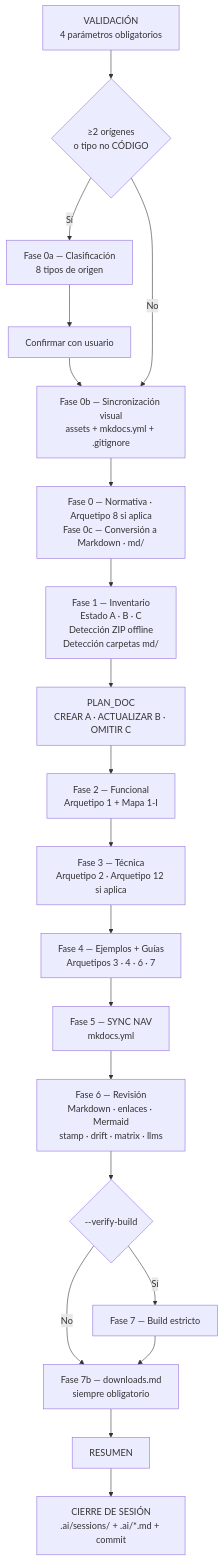
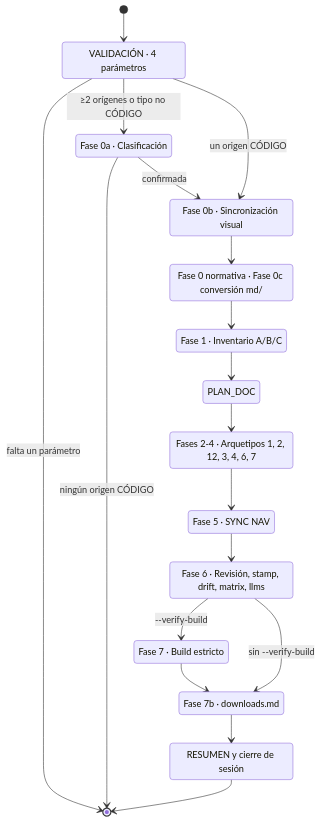
Before and after one commit to fmanza/doc_ia: the diagram in docs/api/document_project.md, drawn with Mermaid. The commit also changed other lines of this file and 10 other files, not shown here.

First line of the commit message:
docs(diagrams): rediseño de diagramas grandes o duplicados y test de ≤12 nodos

````diff
--- a/docs/api/document_project.md
+++ b/docs/api/document_project.md
@@ -16,22 +16,34 @@
 ```mermaid
-flowchart TD
-    V[VALIDACIÓN\n4 parámetros obligatorios] --> CL{≥2 orígenes\no tipo no CÓDIGO}
-    CL -- Sí --> F0a[Fase 0a — Clasificación\n8 tipos de origen]
-    F0a --> confirm[Confirmar con usuario]
-    confirm --> F0b
-    CL -- No --> F0b[Fase 0b — Sincronización visual\nassets + mkdocs.yml + .gitignore]
-    F0b --> F0[Fase 0 — Normativa · Arquetipo 8 si aplica\nFase 0c — Conversión a Markdown · md/]
-    F0 --> F1[Fase 1 — Inventario\nEstado A · B · C\nDetección ZIP offline\nDetección carpetas md/]
-    F1 --> PD[PLAN_DOC\nCREAR A · ACTUALIZAR B · OMITIR C]
-    PD --> F2[Fase 2 — Funcional\nArquetipo 1 + Mapa 1-I]
-    F2 --> F3[Fase 3 — Técnica\nArquetipo 2 · Arquetipo 12 si aplica]
-    F3 --> F4[Fase 4 — Ejemplos + Guías\nArquetipos 3 · 4 · 6 · 7]
-    F4 --> F5[Fase 5 — SYNC NAV\nmkdocs.yml]
-    F5 --> F6[Fase 6 — Revisión\nMarkdown · enlaces · Mermaid\nstamp · drift · matrix · llms]
-    F6 --> F7{--verify-build}
-    F7 -- Sí --> build[Fase 7 — Build estricto]
-    F7 -- No --> F7b
-    build --> F7b[Fase 7b — downloads.md\nsiempre obligatorio]
-    F7b --> RES[RESUMEN]
-    RES --> CIERRE[CIERRE DE SESIÓN\n.ai/sessions/ + .ai/*.md + commit]
+stateDiagram-v2
+    accTitle: Fases internas de document_project
+    accDescr: Máquina de fases del flujo, desde la validación de los cuatro parámetros hasta el cierre de sesión, con las dos salidas anticipadas (parámetro faltante o ningún origen de código) y el build estricto opcional.
+    state "VALIDACIÓN · 4 parámetros" as VALIDACION
+    state "Fase 0a · Clasificación" as CLASIFICACION
+    state "Fase 0b · Sincronización visual" as SYNC_VISUAL
+    state "Fase 0 normativa · Fase 0c conversión md/" as PREPARACION
+    state "Fase 1 · Inventario A/B/C" as INVENTARIO
+    state "PLAN_DOC" as PLAN_DOC
+    state "Fases 2-4 · Arquetipos 1, 2, 12, 3, 4, 6, 7" as GENERACION
+    state "Fase 5 · SYNC NAV" as SYNC_NAV
+    state "Fase 6 · Revisión, stamp, drift, matrix, llms" as REVISION
+    state "Fase 7 · Build estricto" as BUILD
+    state "Fase 7b · downloads.md" as DESCARGAS
+    state "RESUMEN y cierre de sesión" as CIERRE
+    [*] --> VALIDACION
+    VALIDACION --> [*] : falta un parámetro
+    VALIDACION --> CLASIFICACION : ≥2 orígenes o tipo no CÓDIGO
+    VALIDACION --> SYNC_VISUAL : un origen CÓDIGO
+    CLASIFICACION --> [*] : ningún origen CÓDIGO
+    CLASIFICACION --> SYNC_VISUAL : confirmada
+    SYNC_VISUAL --> PREPARACION
+    PREPARACION --> INVENTARIO
+    INVENTARIO --> PLAN_DOC
+    PLAN_DOC --> GENERACION
+    GENERACION --> SYNC_NAV
+    SYNC_NAV --> REVISION
+    REVISION --> BUILD : --verify-build
+    REVISION --> DESCARGAS : sin --verify-build
+    BUILD --> DESCARGAS
+    DESCARGAS --> CIERRE
+    CIERRE --> [*]
 ```
````
